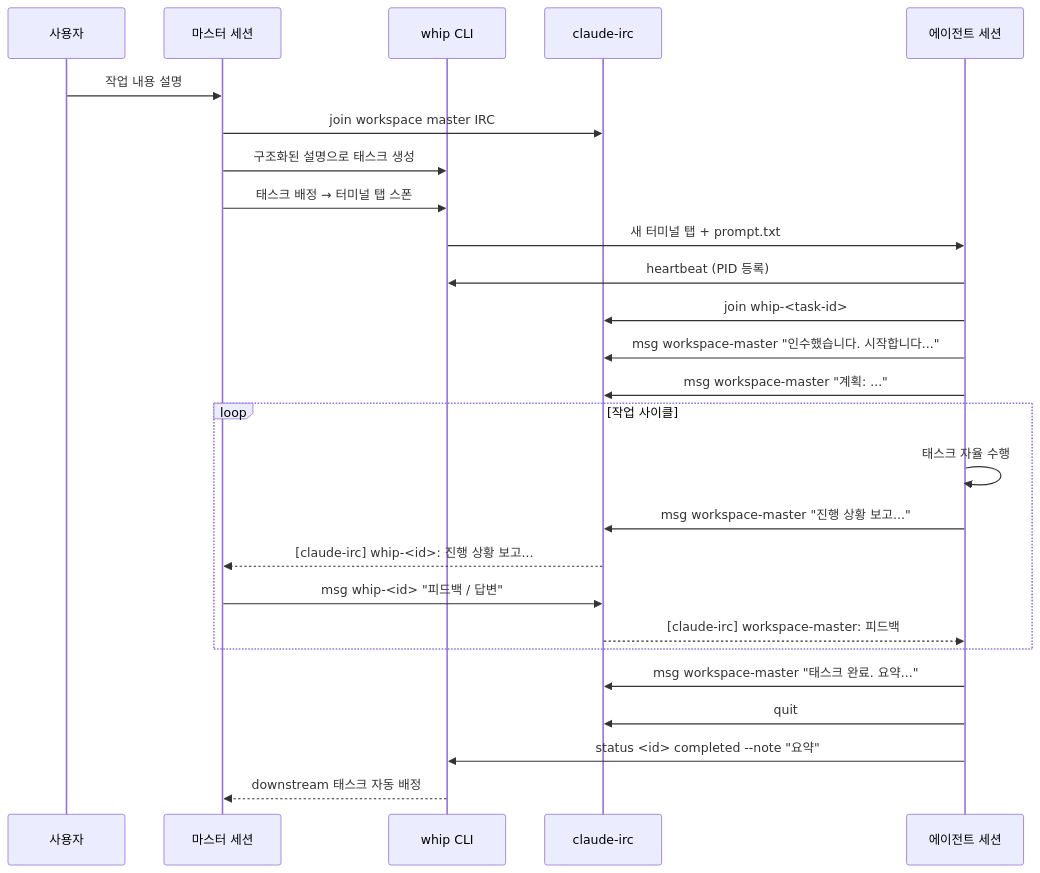
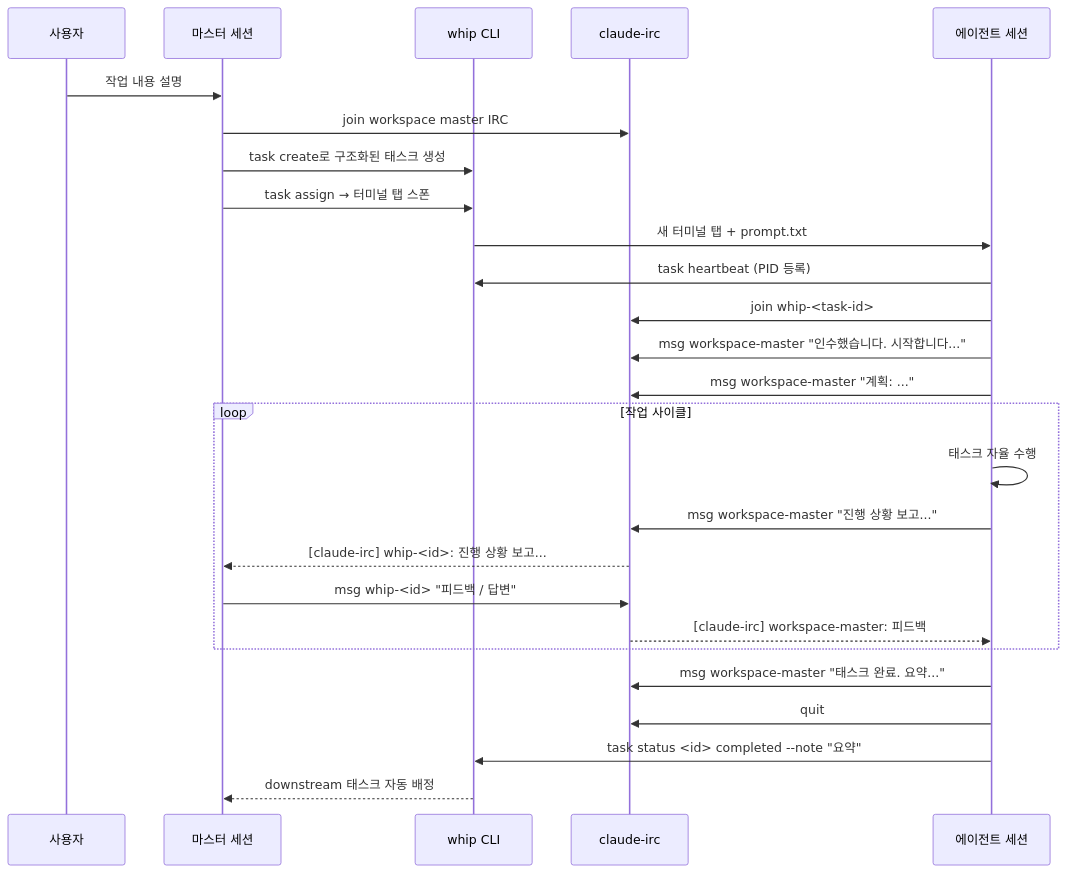
Before and after one commit to DongGukMon/ai-tools: the first of 3 diagrams in whip/docs/workflow-ko.md, drawn with Mermaid. The commit also changed other lines of this file and 44 other files, not shown here.

````diff
--- a/whip/docs/workflow-ko.md
+++ b/whip/docs/workflow-ko.md
@@ -14,32 +14,32 @@
 ```mermaid
 sequenceDiagram
     participant User as 사용자
     participant Master as 마스터 세션
     participant Whip as whip CLI
     participant IRC as claude-irc
     participant Agent as 에이전트 세션
 
     User->>Master: 작업 내용 설명
     Master->>IRC: join workspace master IRC
-    Master->>Whip: 구조화된 설명으로 태스크 생성
-    Master->>Whip: 태스크 배정 → 터미널 탭 스폰
+    Master->>Whip: task create로 구조화된 태스크 생성
+    Master->>Whip: task assign → 터미널 탭 스폰
     Whip->>Agent: 새 터미널 탭 + prompt.txt
 
-    Agent->>Whip: heartbeat (PID 등록)
+    Agent->>Whip: task heartbeat (PID 등록)
     Agent->>IRC: join whip-<task-id>
     Agent->>IRC: msg workspace-master "인수했습니다. 시작합니다..."
     Agent->>IRC: msg workspace-master "계획: ..."
 
     loop 작업 사이클
         Agent->>Agent: 태스크 자율 수행
         Agent->>IRC: msg workspace-master "진행 상황 보고..."
         IRC-->>Master: [claude-irc] whip-<id>: 진행 상황 보고...
         Master->>IRC: msg whip-<id> "피드백 / 답변"
         IRC-->>Agent: [claude-irc] workspace-master: 피드백
     end
 
     Agent->>IRC: msg workspace-master "태스크 완료. 요약..."
     Agent->>IRC: quit
-    Agent->>Whip: status <id> completed --note "요약"
+    Agent->>Whip: task status <id> completed --note "요약"
     Whip-->>Master: downstream 태스크 자동 배정
 ```
````
